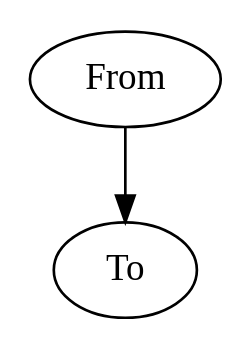
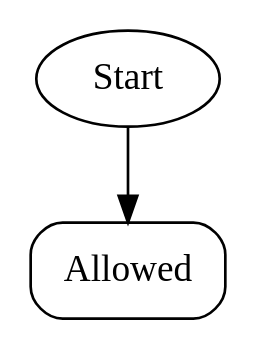
The second of 55 diagrams in docs/source/access_control_flowcharts.rst (Koverse/documentation), drawn with Graphviz before and after one commit. The commit also changed other lines of this file, not shown here.

Commit message:
KC-3334 Ported and created all new access control flowcharts

```diff
--- a/docs/source/access_control_flowcharts.rst
+++ b/docs/source/access_control_flowcharts.rst
@@ -23,5 +51,8 @@
 .. graphviz::
 
-   digraph {
-      "From" -> "To";
-   }
+  digraph {
+    layout="dot";
+    Start -> Allowed;
+
+    Allowed [shape=box; style=rounded];
+  }
```
